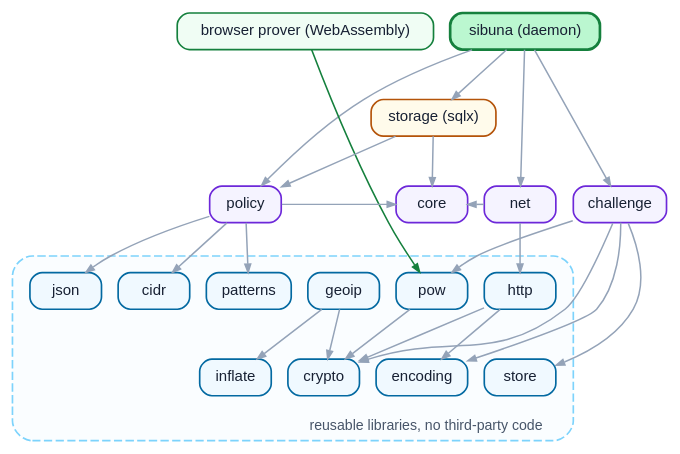
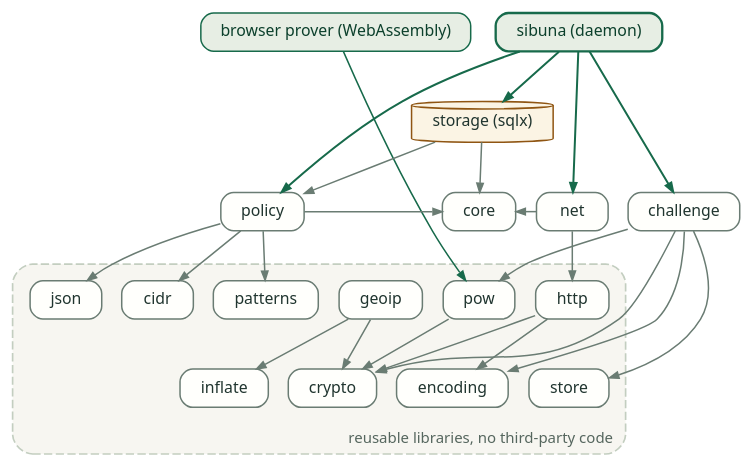
The diagram in docs/whitepaper/diagrams/crates.dot (insanai/sibuna), drawn with Graphviz before and after one commit. The commit also changed 7 other files, not shown here.

```diff
--- a/docs/whitepaper/diagrams/crates.dot
+++ b/docs/whitepaper/diagrams/crates.dot
@@ -1,32 +1,30 @@
 digraph crates {
-  graph [rankdir=TB, bgcolor="transparent", newrank=true, nodesep=0.14, ranksep=0.42, pad=0.1, fontname="Helvetica", fontsize=8.5, fontcolor="#475569"];
-  node [shape=box, style="rounded,filled", fontname="Helvetica", fontsize=9, fontcolor="#172033", color="#0369a1", fillcolor="#f0f9ff", penwidth=1.0, height=0.3, width=0.6, margin="0.08,0.03"];
-  edge [color="#94a3b8", arrowsize=0.5, penwidth=0.9];
+  graph [rankdir=TB, bgcolor="transparent", newrank=true, nodesep=0.16, ranksep=0.42, pad=0.1, fontname="Noto Sans", fontsize=9, fontcolor="#55665e"];
+  node [shape=box, style="rounded,filled", fontname="Noto Sans", fontsize=9.5, fontcolor="#20352f", color="#6a7c73", fillcolor="#fffffc", penwidth=0.9, height=0.32, width=0.6, margin="0.17,0.05"];
+  edge [color="#6a7c73", arrowsize=0.55, penwidth=0.9];
 
-  sibuna [label="sibuna (daemon)", color="#15803d", fillcolor="#bbf7d0", penwidth=1.6];
-  wasm [label="browser prover (WebAssembly)", color="#15803d", fillcolor="#f0fdf4"];
-  storage [label="storage (sqlx)", color="#b45309", fillcolor="#fffbeb"];
-  policy [color="#6d28d9", fillcolor="#f5f3ff"];
-  challenge [color="#6d28d9", fillcolor="#f5f3ff"];
-  net [color="#6d28d9", fillcolor="#f5f3ff"];
-  core [color="#6d28d9", fillcolor="#f5f3ff"];
+  sibuna [label="sibuna (daemon)", color="#176a4b", fillcolor="#e7eee4", fontcolor="#0c402c", penwidth=1.4];
+  wasm [label="browser prover (WebAssembly)", color="#176a4b", fillcolor="#e7eee4", fontcolor="#0c402c"];
+  storage [label="storage (sqlx)", color="#8f5512", fillcolor="#fbf4e4", shape=cylinder, style=filled];
+  policy; challenge; net; core;
   subgraph cluster_reusable {
-    label="reusable libraries, no third-party code"; labelloc=b; labeljust=r; style="dashed,rounded,filled"; color="#7dd3fc"; fillcolor="#fafdff"; margin=10;
+    label="reusable libraries, no third-party code"; labelloc=b; labeljust=r; style="dashed,rounded,filled"; color="#c3cec0"; fillcolor="#f7f6f1"; margin=10;
     geoip; inflate; cidr; json; patterns; http; encoding; crypto; pow; store;
   }
   { rank=same; wasm; sibuna; }
   { rank=same; policy; core; net; challenge; }
   { rank=same; geoip; cidr; json; patterns; http; pow; }
   { rank=same; inflate; encoding; crypto; store; }
 
-  sibuna -> policy; sibuna -> storage; sibuna -> net; sibuna -> challenge;
+  sibuna -> policy [color="#176a4b", penwidth=1.2]; sibuna -> storage [color="#176a4b", penwidth=1.2];
+  sibuna -> net [color="#176a4b", penwidth=1.2]; sibuna -> challenge [color="#176a4b", penwidth=1.2];
   storage -> policy; storage -> core;
   policy -> cidr; policy -> json; policy -> patterns; policy -> core;
   core -> net [dir=back];
   net -> http;
   http -> encoding; http -> crypto;
   geoip -> inflate; geoip -> crypto;
   challenge -> encoding; challenge -> crypto; challenge -> pow; challenge -> store;
   pow -> crypto;
-  wasm -> pow [color="#15803d"];
+  wasm -> pow [color="#176a4b"];
 }
```
